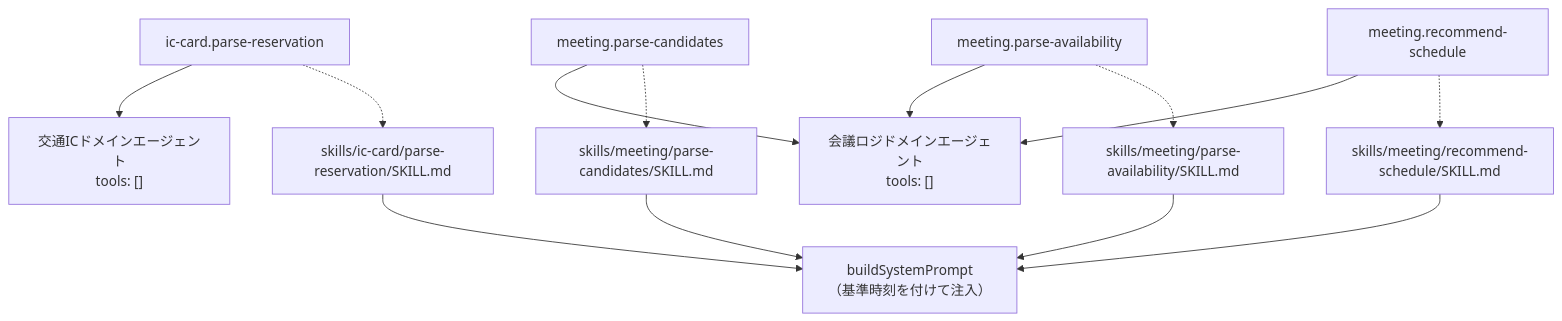
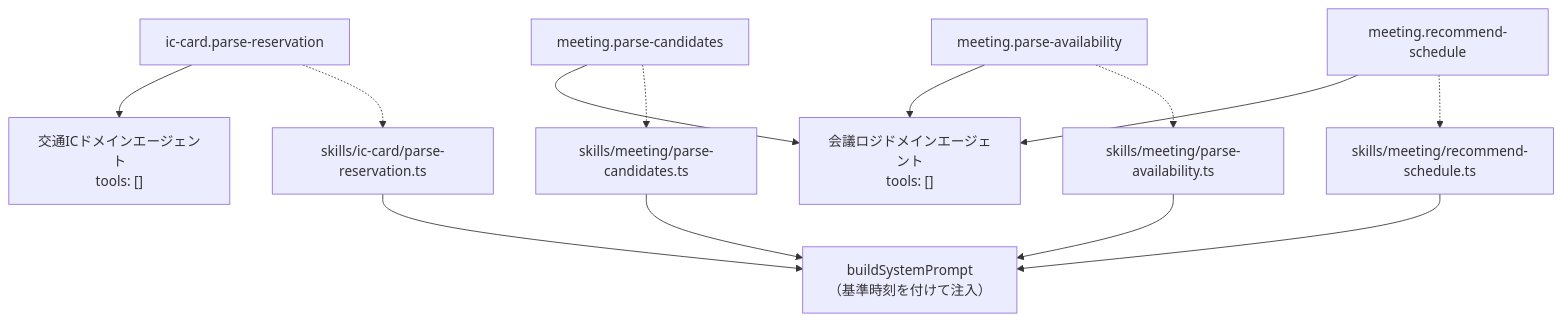
Before and after one commit to ag-ke-nakamura/form-echo-agent: the third of 8 diagrams in docs/architecture.md, drawn with Mermaid. The commit also changed 22 other files, not shown here.

````diff
--- a/docs/architecture.md
+++ b/docs/architecture.md
@@ -86,17 +86,17 @@
 ```mermaid
 graph TD
     T1["ic-card.parse-reservation"] --> D1
     T2["meeting.parse-candidates"] --> D2
     T3["meeting.parse-availability"] --> D2
     T4["meeting.recommend-schedule"] --> D2
 
     D1["交通ICドメインエージェント<br/>tools: []"]
     D2["会議ロジドメインエージェント<br/>tools: []"]
 
-    T1 -.-> S1["skills/ic-card/parse-reservation/SKILL.md"]
-    T2 -.-> S2["skills/meeting/parse-candidates/SKILL.md"]
-    T3 -.-> S3["skills/meeting/parse-availability/SKILL.md"]
-    T4 -.-> S4["skills/meeting/recommend-schedule/SKILL.md"]
+    T1 -.-> S1["skills/ic-card/parse-reservation.ts"]
+    T2 -.-> S2["skills/meeting/parse-candidates.ts"]
+    T3 -.-> S3["skills/meeting/parse-availability.ts"]
+    T4 -.-> S4["skills/meeting/recommend-schedule.ts"]
 
     S1 & S2 & S3 & S4 --> SP["buildSystemPrompt<br/>（基準時刻を付けて注入）"]
 ```
````
